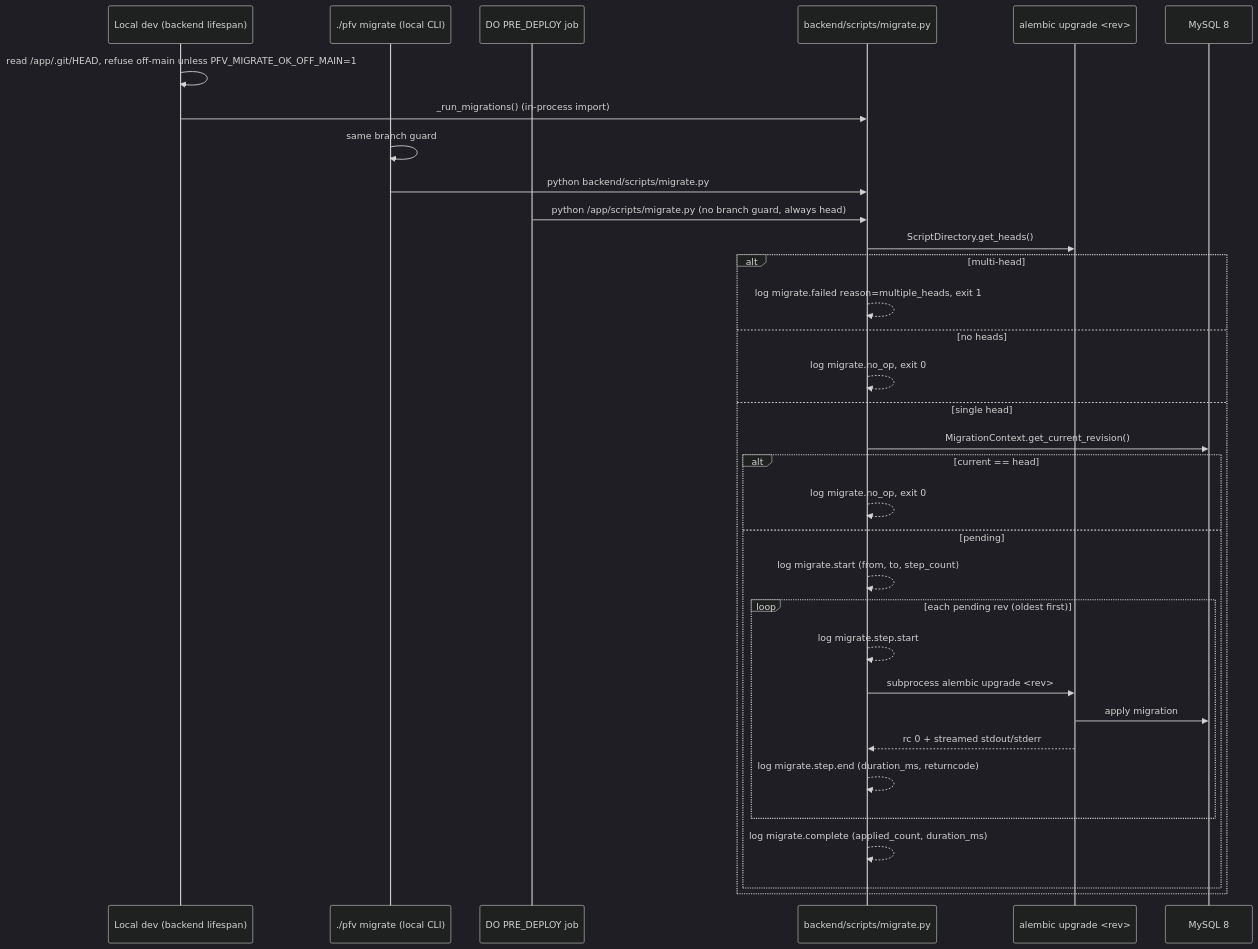
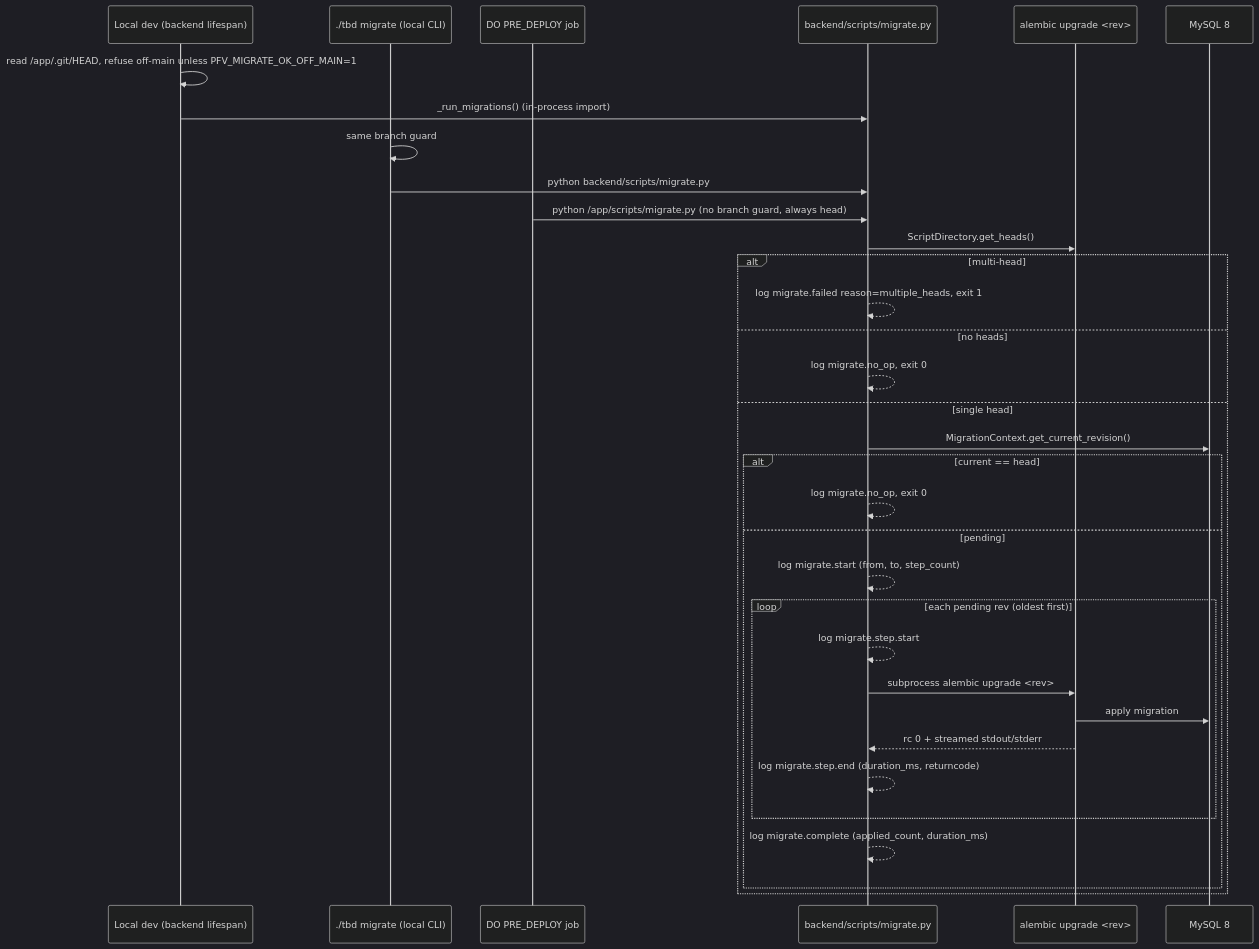
One commit to fjcloudaiconsulting/tbd changed the seventh of 8 diagrams in docs/operations/DEPLOYMENT.md. Above: the diagram before and after it, drawn with Mermaid (dark theme). The commit also changed other lines of this file and 22 other files, not shown here.

First line of the commit message:
chore(devex): rename the ./pfv dev CLI to ./tbd (TBD-572) (#800)

````diff
--- a/docs/operations/DEPLOYMENT.md
+++ b/docs/operations/DEPLOYMENT.md
@@ -681,36 +681,36 @@
 ```mermaid
 sequenceDiagram
   participant Dev as Local dev (backend lifespan)
-  participant CLI as ./pfv migrate (local CLI)
+  participant CLI as ./tbd migrate (local CLI)
   participant DO as DO PRE_DEPLOY job
   participant Wrap as backend/scripts/migrate.py
   participant Alembic as alembic upgrade <rev>
   participant DB as MySQL 8
 
   Dev->>Dev: read /app/.git/HEAD, refuse off-main unless PFV_MIGRATE_OK_OFF_MAIN=1
   Dev->>Wrap: _run_migrations() (in-process import)
   CLI->>CLI: same branch guard
   CLI->>Wrap: python backend/scripts/migrate.py
   DO->>Wrap: python /app/scripts/migrate.py (no branch guard, always head)
   Wrap->>Alembic: ScriptDirectory.get_heads()
   alt multi-head
     Wrap-->>Wrap: log migrate.failed reason=multiple_heads, exit 1
   else no heads
     Wrap-->>Wrap: log migrate.no_op, exit 0
   else single head
     Wrap->>DB: MigrationContext.get_current_revision()
     alt current == head
       Wrap-->>Wrap: log migrate.no_op, exit 0
     else pending
       Wrap-->>Wrap: log migrate.start (from, to, step_count)
       loop each pending rev (oldest first)
         Wrap-->>Wrap: log migrate.step.start
         Wrap->>Alembic: subprocess alembic upgrade <rev>
         Alembic->>DB: apply migration
         Alembic-->>Wrap: rc 0 + streamed stdout/stderr
         Wrap-->>Wrap: log migrate.step.end (duration_ms, returncode)
       end
       Wrap-->>Wrap: log migrate.complete (applied_count, duration_ms)
     end
   end
 ```
````
